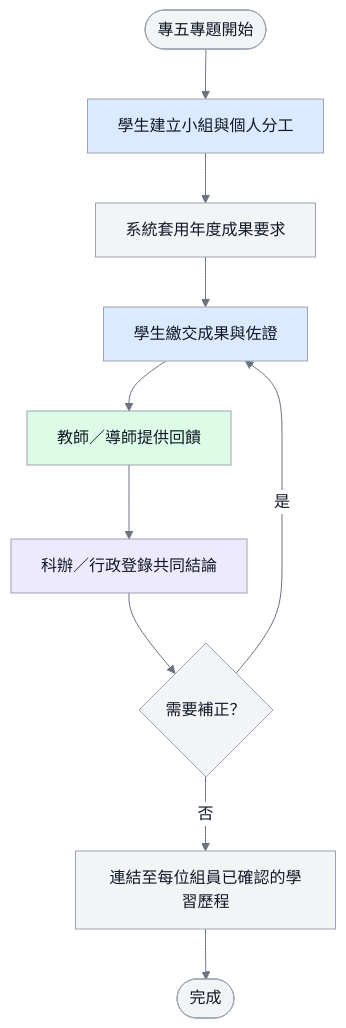
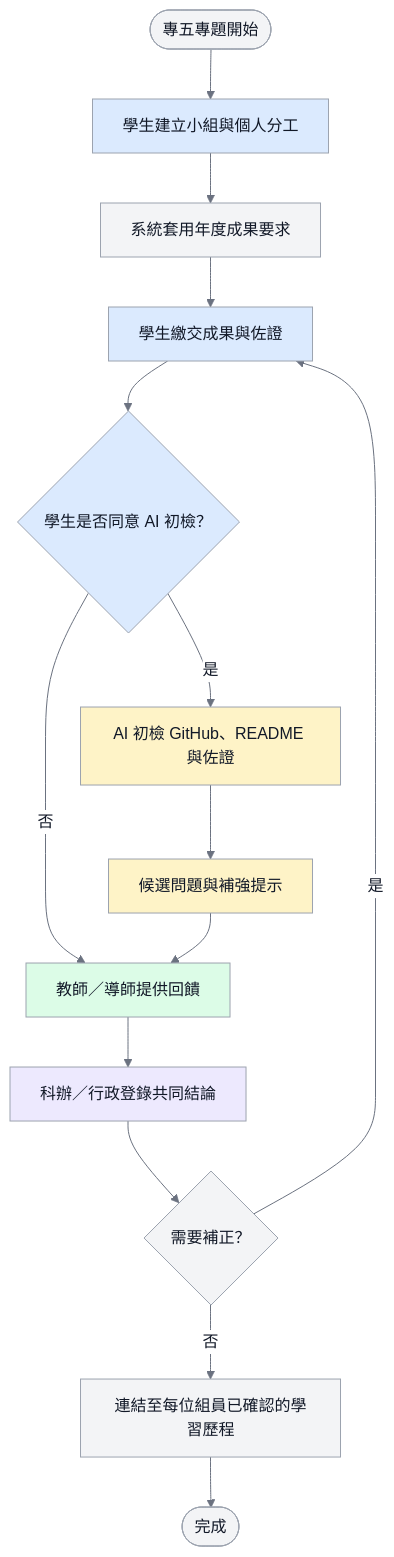
The fifth of 9 diagrams in docs/04_圖表與介面/diagrams.md (vujhdcusa/1028), drawn with Mermaid before and after one commit. The commit also changed other lines of this file and 93 other files, not shown here.

````diff
--- a/docs/04_圖表與介面/diagrams.md
+++ b/docs/04_圖表與介面/diagrams.md
@@ -119,18 +147,23 @@
 ```mermaid
 %%{init: {'theme':'base','themeVariables': {'fontFamily':'Microsoft JhengHei, Noto Sans TC, Arial, sans-serif','primaryColor':'#F3F4F6','primaryTextColor':'#111827','primaryBorderColor':'#9CA3AF','lineColor':'#6B7280','edgeLabelBackground':'#FFFFFF'}}}%%
 flowchart TD
     classDef student fill:#DBEAFE,stroke:#9CA3AF,color:#111827,stroke-width:1px;
     classDef teacher fill:#DCFCE7,stroke:#9CA3AF,color:#111827,stroke-width:1px;
     classDef staff fill:#EDE9FE,stroke:#9CA3AF,color:#111827,stroke-width:1px;
     classDef system fill:#F3F4F6,stroke:#9CA3AF,color:#111827,stroke-width:1px;
+    classDef ai fill:#FEF3C7,stroke:#9CA3AF,color:#111827,stroke-width:1px;
 
     Start([專五專題開始]) --> Team[學生建立小組與個人分工]:::student
     Team --> Template[系統套用年度成果要求]:::system
     Template --> Submit[學生繳交成果與佐證]:::student
-    Submit --> Teacher[教師／導師提供回饋]:::teacher
+    Submit --> Consent{學生是否同意 AI 初檢？}:::student
+    Consent -- 是 --> AICheck[AI 初檢 GitHub、README 與佐證]:::ai
+    Consent -- 否 --> Teacher[教師／導師提供回饋]:::teacher
+    AICheck --> AIReport[候選問題與補強提示]:::ai
+    AIReport --> Teacher
     Teacher --> Staff[科辦／行政登錄共同結論]:::staff
     Staff --> Fix{需要補正？}
     Fix -- 是 --> Submit
     Fix -- 否 --> Link[連結至每位組員已確認的學習歷程]:::system
     Link --> End([完成])
 ```
````
